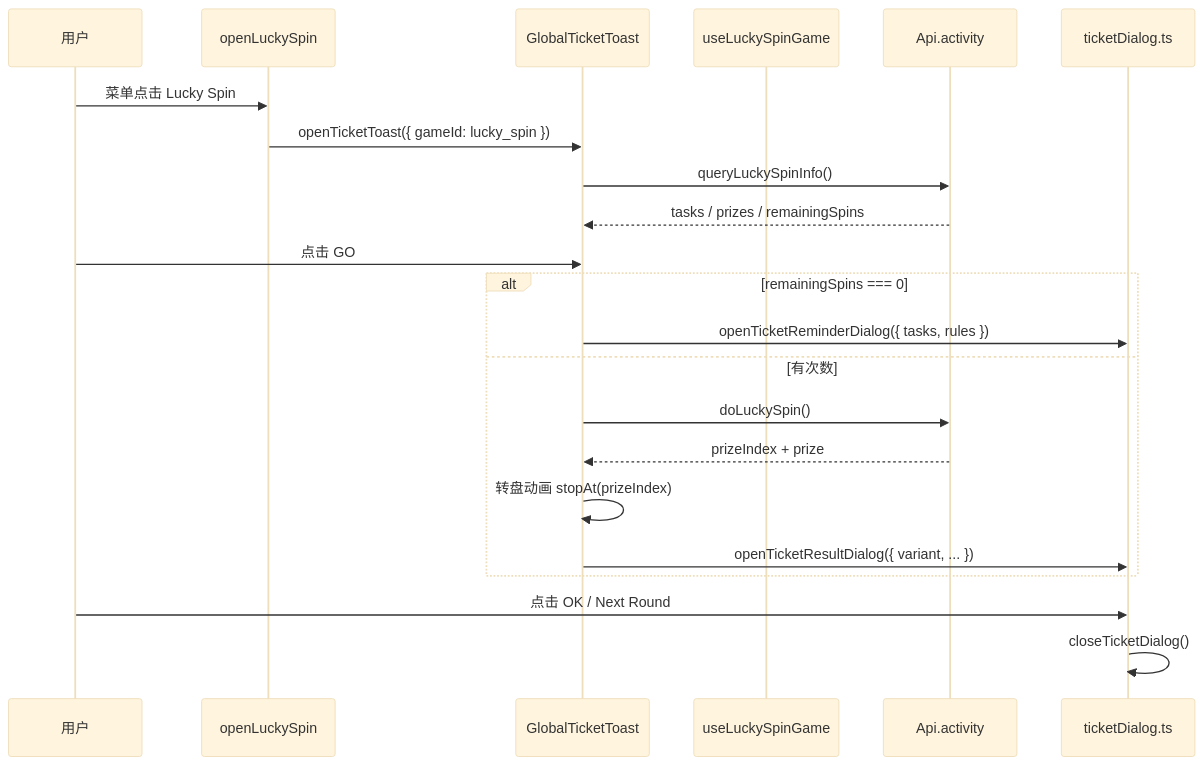
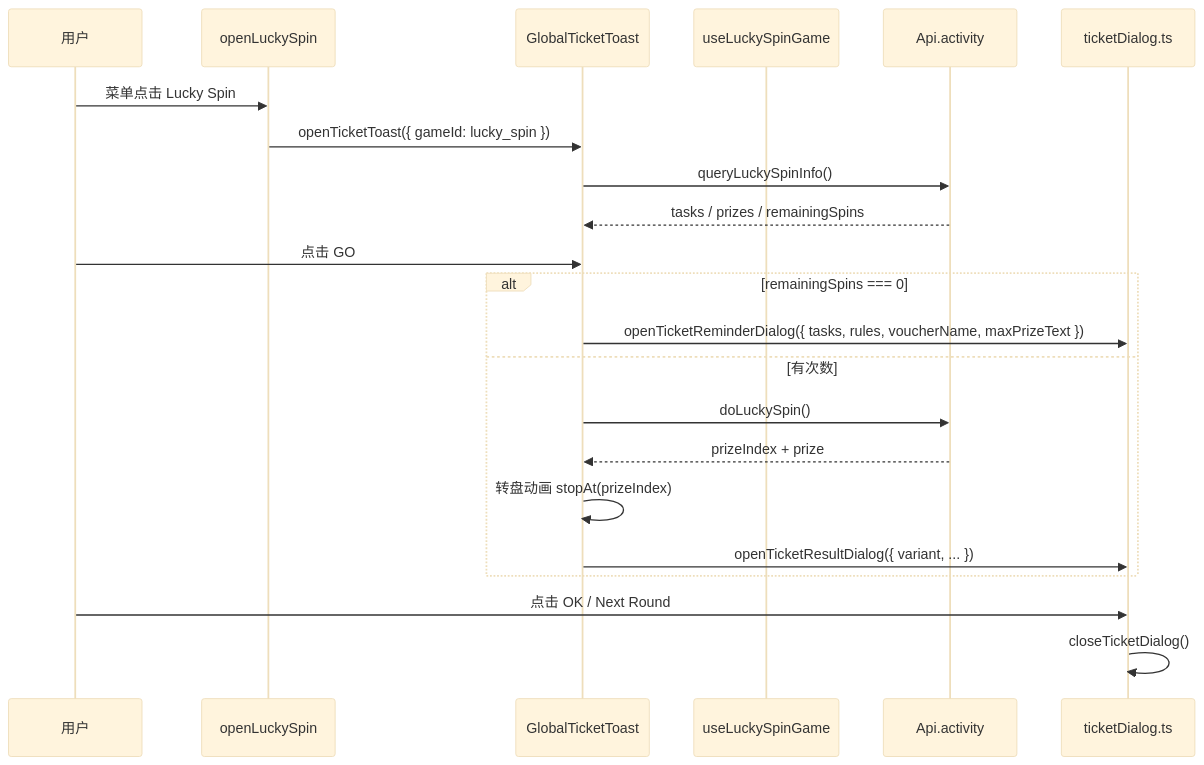
One commit to bell012/tgGame changed the first of 2 diagrams in src/views/activity/ticket/README.md. Above: the diagram before and after it, drawn with Mermaid (base theme). The commit also changed other lines of this file, not shown here.

````diff
--- a/src/views/activity/ticket/README.md
+++ b/src/views/activity/ticket/README.md
@@ -445,27 +479,27 @@
 ```mermaid
 sequenceDiagram
   participant User as 用户
   participant Entry as openLuckySpin
   participant Page as GlobalTicketToast
   participant Game as useLuckySpinGame
   participant API as Api.activity
   participant Dialog as ticketDialog.ts
 
   User->>Entry: 菜单点击 Lucky Spin
   Entry->>Page: openTicketToast({ gameId: lucky_spin })
   Page->>API: queryLuckySpinInfo()
   API-->>Page: tasks / prizes / remainingSpins
 
   User->>Page: 点击 GO
   alt remainingSpins === 0
-    Page->>Dialog: openTicketReminderDialog({ tasks, rules })
+    Page->>Dialog: openTicketReminderDialog({ tasks, rules, voucherName, maxPrizeText })
   else 有次数
     Page->>API: doLuckySpin()
     API-->>Page: prizeIndex + prize
     Page->>Page: 转盘动画 stopAt(prizeIndex)
     Page->>Dialog: openTicketResultDialog({ variant, ... })
   end
 
   User->>Dialog: 点击 OK / Next Round
   Dialog->>Dialog: closeTicketDialog()
 ```
````
